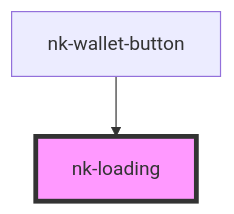
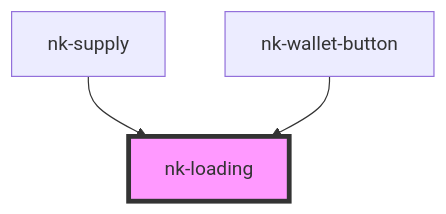
Before and after one commit to niftykit-inc/components: the diagram in src/components/nk-loading/readme.md, drawn with Mermaid. The commit also changed other lines of this file and 13 other files, not shown here.

````diff
--- a/src/components/nk-loading/readme.md
+++ b/src/components/nk-loading/readme.md
@@ -15,5 +16,6 @@
 ```mermaid
 graph TD;
+  nk-supply --> nk-loading
   nk-wallet-button --> nk-loading
   style nk-loading fill:#f9f,stroke:#333,stroke-width:4px
 ```
````
